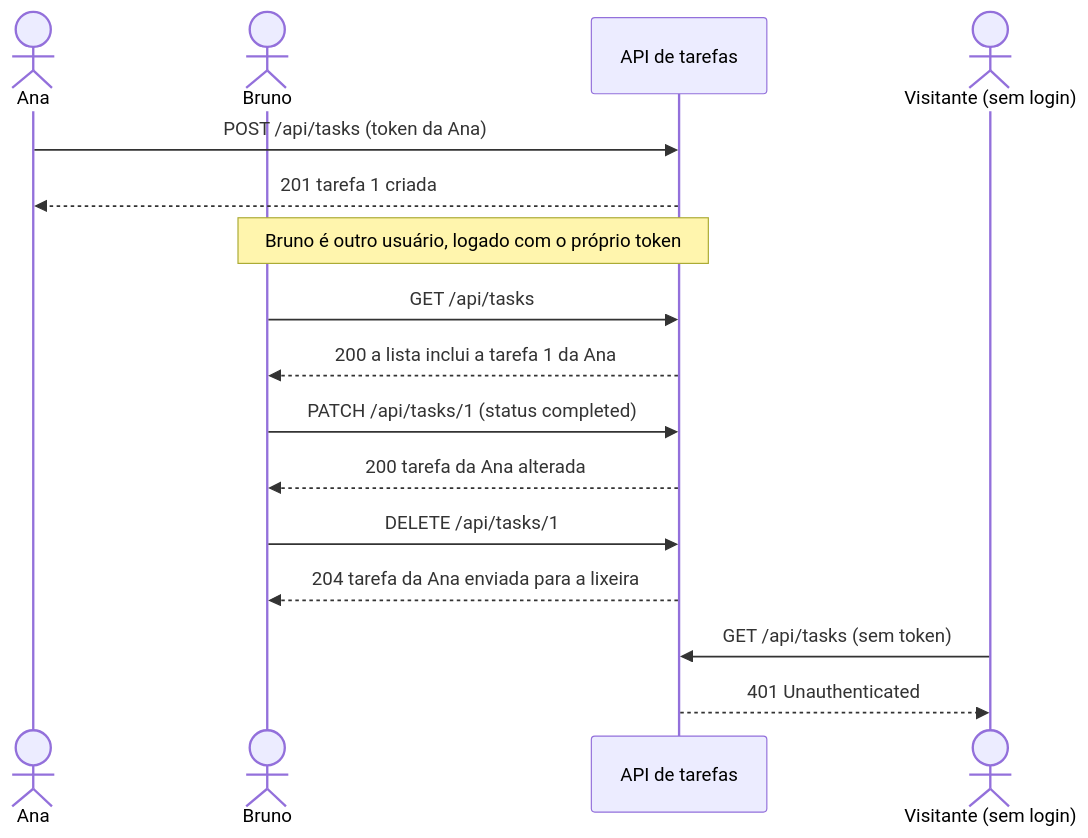
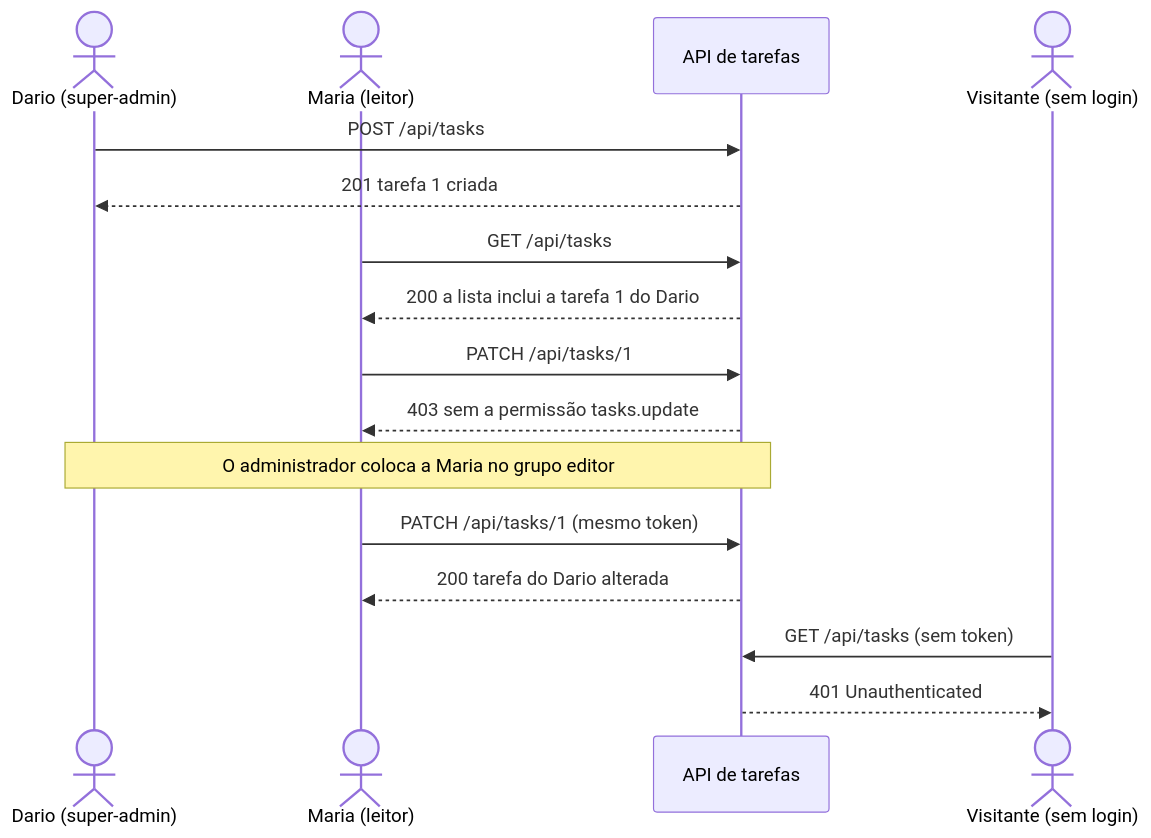
The second of 2 diagrams in docs/REGRAS-DE-NEGOCIO.md (DarioCampagnaCoutinho/poc03), drawn with Mermaid before and after one commit. The commit also changed other lines of this file and 22 other files, not shown here.

````diff
--- a/docs/REGRAS-DE-NEGOCIO.md
+++ b/docs/REGRAS-DE-NEGOCIO.md
@@ -41,21 +78,22 @@
 ```mermaid
 sequenceDiagram
-    actor Ana
-    actor Bruno
+    actor Dario as Dario (super-admin)
+    actor Maria as Maria (leitor)
     participant API as API de tarefas
     actor Visitante as Visitante (sem login)
 
-    Ana->>API: POST /api/tasks (token da Ana)
-    API-->>Ana: 201 tarefa 1 criada
+    Dario->>API: POST /api/tasks
+    API-->>Dario: 201 tarefa 1 criada
 
-    Note over Bruno,API: Bruno é outro usuário, logado com o próprio token
-    Bruno->>API: GET /api/tasks
-    API-->>Bruno: 200 a lista inclui a tarefa 1 da Ana
-    Bruno->>API: PATCH /api/tasks/1 (status completed)
-    API-->>Bruno: 200 tarefa da Ana alterada
-    Bruno->>API: DELETE /api/tasks/1
-    API-->>Bruno: 204 tarefa da Ana enviada para a lixeira
+    Maria->>API: GET /api/tasks
+    API-->>Maria: 200 a lista inclui a tarefa 1 do Dario
+    Maria->>API: PATCH /api/tasks/1
+    API-->>Maria: 403 sem a permissão tasks.update
+
+    Note over Dario,API: O administrador coloca a Maria no grupo editor
+    Maria->>API: PATCH /api/tasks/1 (mesmo token)
+    API-->>Maria: 200 tarefa do Dario alterada
 
     Visitante->>API: GET /api/tasks (sem token)
     API-->>Visitante: 401 Unauthenticated
 ```
````
